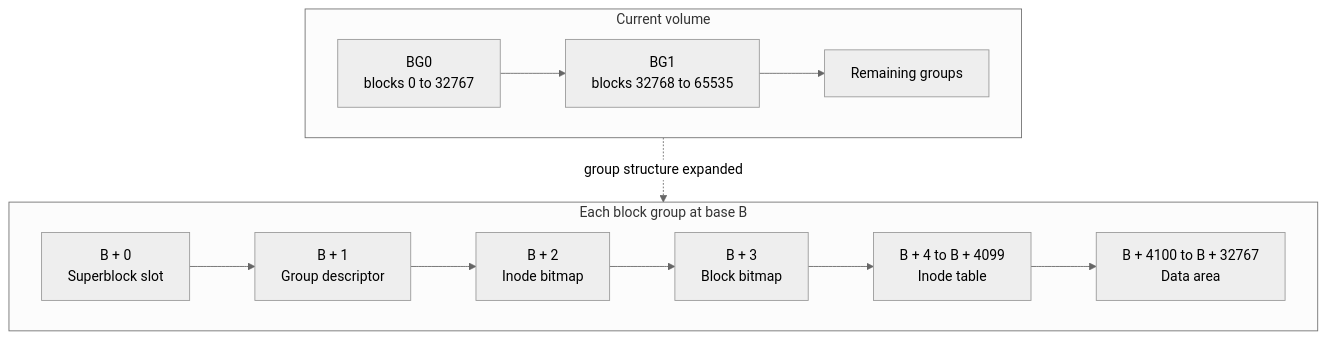
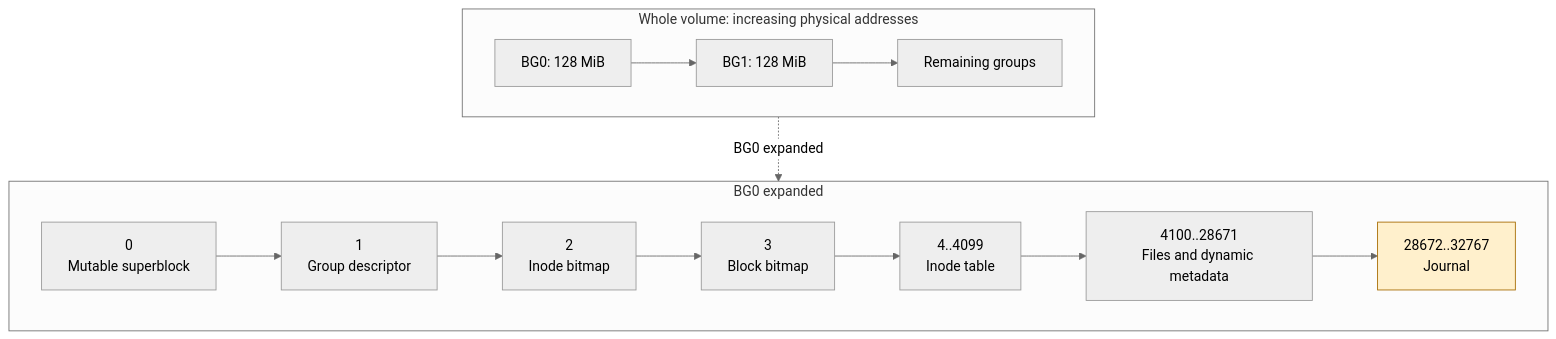
One commit to nvfuse/nvfuse changed the first of 6 diagrams in docs/metadata-journaling-design.md. Above: the diagram before and after it, drawn with Mermaid (neutral theme). The commit also changed other lines of this file and 32 other files, not shown here.

````diff
--- a/docs/metadata-journaling-design.md
+++ b/docs/metadata-journaling-design.md
@@ -53,12 +19,13 @@
 ```mermaid
 flowchart TB
-    subgraph volume["Current volume"]
+    subgraph volume["Whole volume: increasing physical addresses"]
         direction LR
-        V0["BG0<br/>blocks 0 to 32767"] --> V1["BG1<br/>blocks 32768 to 65535"] --> VN["Remaining groups"]
+        BG0["BG0: 128 MiB"] --> BG1["BG1: 128 MiB"] --> REST["Remaining groups"]
     end
-    subgraph group["Each block group at base B"]
+    subgraph first["BG0 expanded"]
         direction LR
-        S["B + 0<br/>Superblock slot"] --> BD["B + 1<br/>Group descriptor"] --> IB["B + 2<br/>Inode bitmap"] --> DB["B + 3<br/>Block bitmap"] --> IT["B + 4 to B + 4099<br/>Inode table"] --> DA["B + 4100 to B + 32767<br/>Data area"]
+        SB["0<br/>Mutable superblock"] --> BD["1<br/>Group descriptor"] --> IB["2<br/>Inode bitmap"] --> DB["3<br/>Block bitmap"] --> IT["4..4099<br/>Inode table"] --> DATA["4100..28671<br/>Files and dynamic metadata"] --> J["28672..32767<br/>Journal"]
     end
-    volume -. "group structure expanded" .-> group
+    volume -. "BG0 expanded" .-> first
+    style J fill:#fff0cc,stroke:#a66b00
 ```
````
